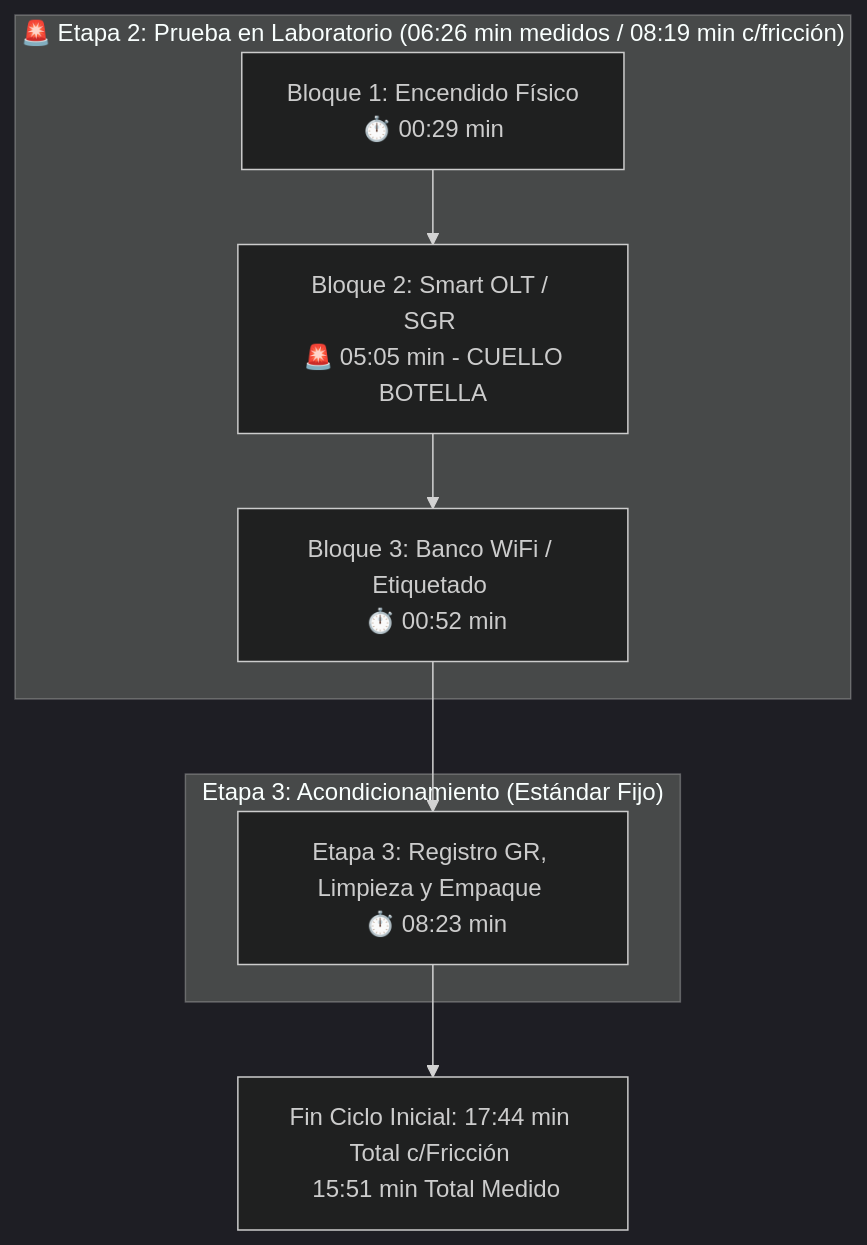
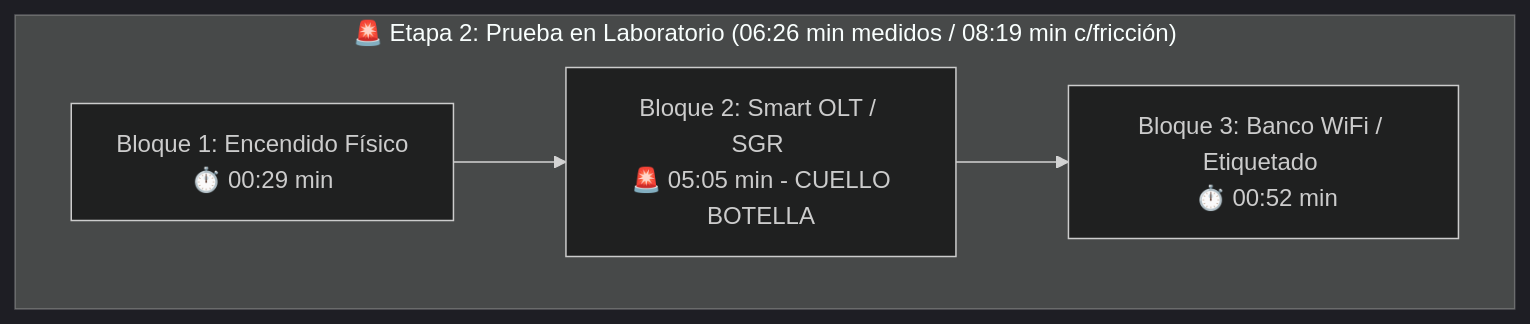
One commit to elingenierok/procedimientos-isp changed the first of 2 diagrams in docs/diagnosticos/DG-EQU-001.md. Above: the diagram before and after it, drawn with Mermaid (dark theme). The commit also changed other lines of this file, not shown here.

````diff
--- a/docs/diagnosticos/DG-EQU-001.md
+++ b/docs/diagnosticos/DG-EQU-001.md
@@ -42,13 +42,7 @@
 ```mermaid
 graph TD
     subgraph ETAPA_2 ["🚨 Etapa 2: Prueba en Laboratorio (06:26 min medidos / 08:19 min c/fricción)"]
         A1[Bloque 1: Encendido Físico <br/> ⏱️ 00:29 min] --> A2[Bloque 2: Smart OLT / SGR <br/> 🚨 05:05 min - CUELLO BOTELLA]
         A2 --> A3[Bloque 3: Banco WiFi / Etiquetado <br/> ⏱️ 00:52 min]
     end
-
-    subgraph ETAPA_3 ["Etapa 3: Acondicionamiento (Estándar Fijo)"]
-        A3 --> A4[Etapa 3: Registro GR, Limpieza y Empaque <br/> ⏱️ 08:23 min]
-    end
-
-    A4 --> A5[Fin Ciclo Inicial: 17:44 min Total c/Fricción <br/> 15:51 min Total Medido]
 ```
````
